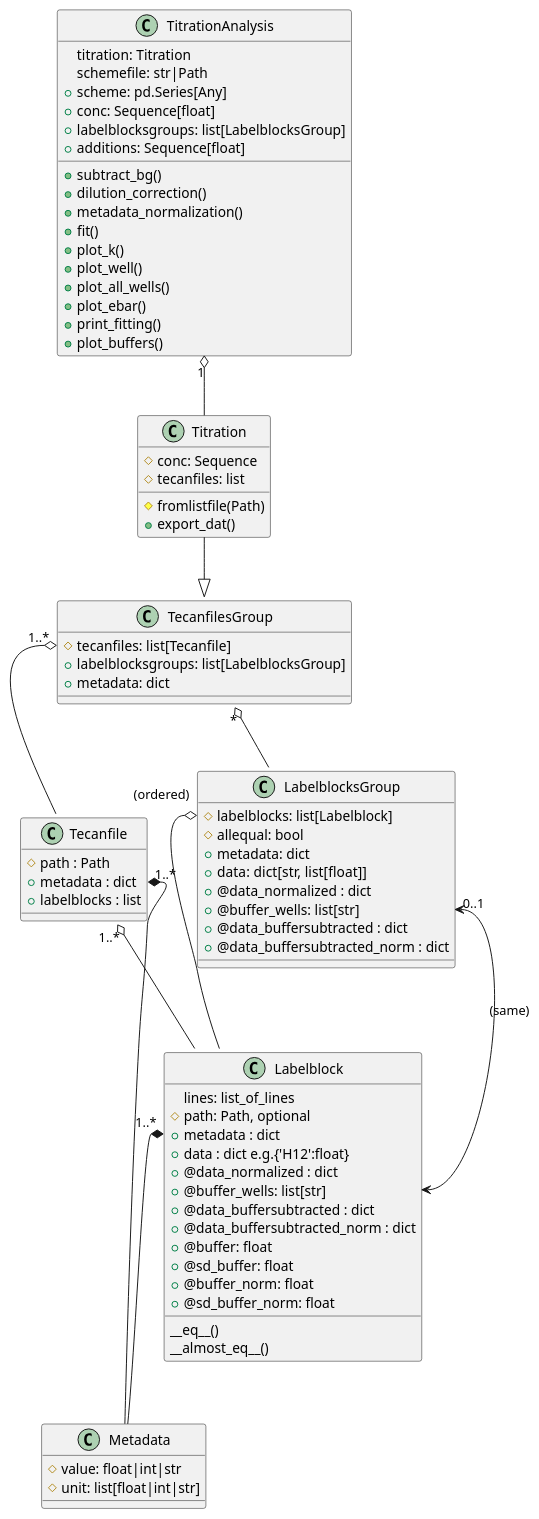
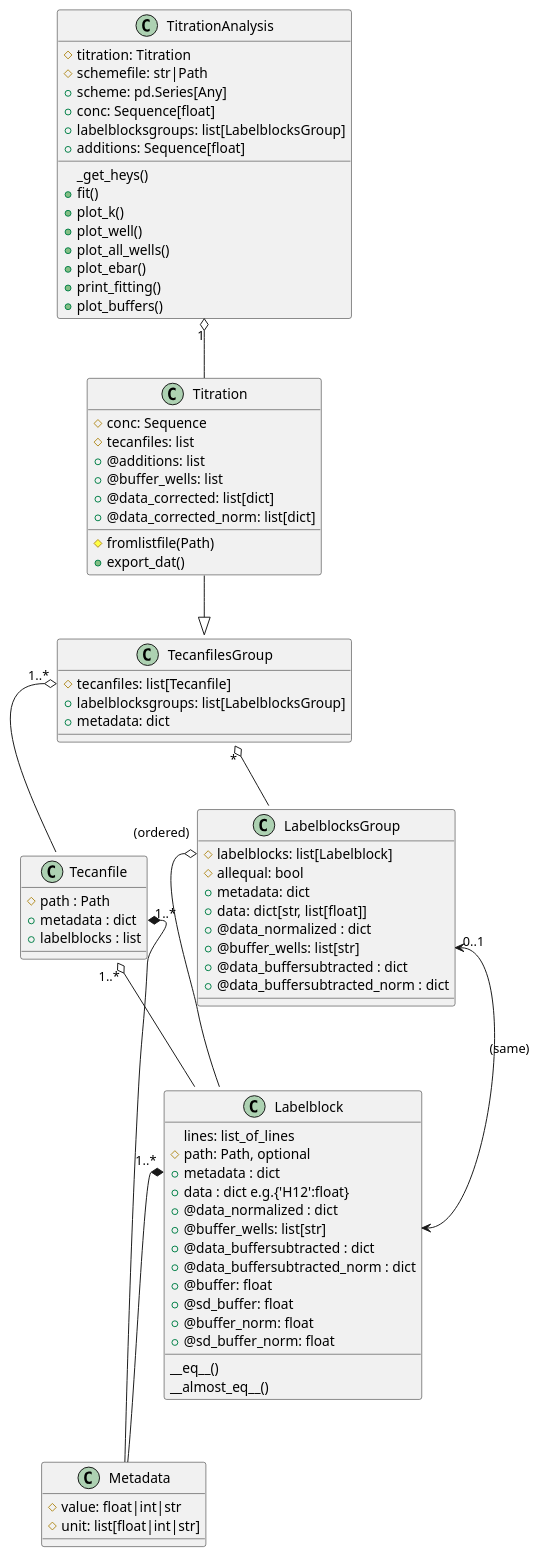
The diagram in docs/api/prtecan.uml.rst (darosio/ClopHfit), drawn with PlantUML before and after one commit. The commit also changed 1 other file, not shown here.

```diff
--- a/docs/api/prtecan.uml.rst
+++ b/docs/api/prtecan.uml.rst
@@ -59,21 +59,23 @@
      #conc: Sequence
 	 #tecanfiles: list
 	 #fromlistfile(Path)
+	 +@additions: list
+	 +@buffer_wells: list
+	 +@data_corrected: list[dict]
+	 +@data_corrected_norm: list[dict]
 	 +export_dat()
    }
 
    Titration --|> TecanfilesGroup
 
    class TitrationAnalysis{
-     titration: Titration
-	 schemefile: str|Path
+     #titration: Titration
+	 #schemefile: str|Path
 	 +scheme: pd.Series[Any]
 	 +conc: Sequence[float]
 	 +labelblocksgroups: list[LabelblocksGroup]
 	 +additions: Sequence[float]
-	 +subtract_bg()
-	 +dilution_correction()
-	 +metadata_normalization()
+	 _get_heys()
 	 +fit()
 	 +plot_k()
 	 +plot_well()
```
